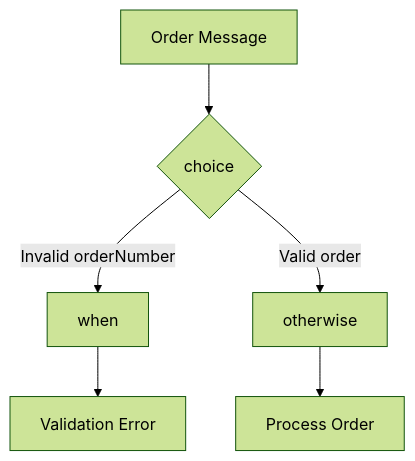
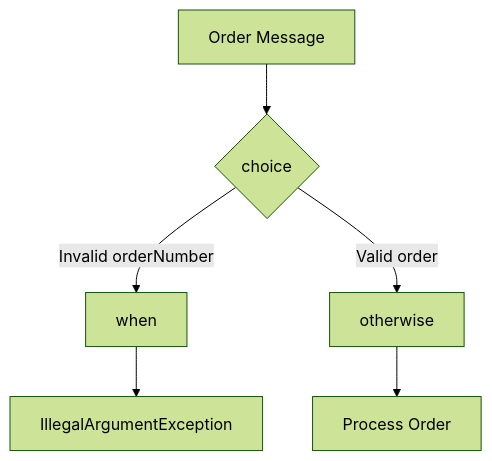
One commit to kaushleshtripathi/spring-boot-camel-artemis-xml-dsl-postgresql changed the third of 9 diagrams in README.md. Above: the diagram before and after it, drawn with Mermaid (forest theme). The commit also changed other lines of this file and 1 other file, not shown here.

````diff
--- a/README.md
+++ b/README.md
@@ -560,11 +252,8 @@
 ```mermaid
 flowchart TD
-
-    A[Order Message] --> B{choice}
-
-    B -->|Invalid orderNumber| C[when]
-    C --> D[Validation Error]
-
-    B -->|Valid order| E[otherwise]
-    E --> F[Process Order]
+    A["Order Message"] --> B{"choice"}
+    B -->|Invalid orderNumber| C["when"]
+    C --> D["IllegalArgumentException"]
+    B -->|Valid order| E["otherwise"]
+    E --> F["Process Order"]
 ```
````
